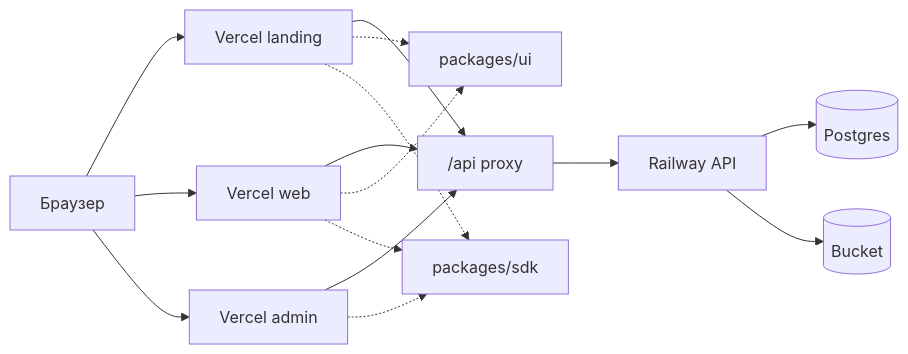
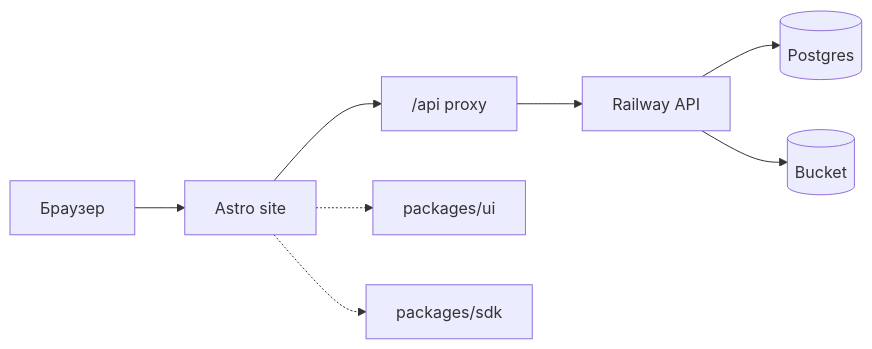
One commit to aleksey-kerkin/photo-kruzhok changed the diagram in README.md. Above: the diagram before and after it, drawn with Mermaid. The commit also changed other lines of this file and 38 other files, not shown here.

````diff
--- a/README.md
+++ b/README.md
@@ -39,28 +38,19 @@
 ```mermaid
 flowchart LR
   browser[Браузер]
-  landing[Vercel landing]
-  web[Vercel web]
-  admin[Vercel admin]
+  web[Astro site]
   proxy["/api proxy"]
   railway[Railway API]
   pg[(Postgres)]
   bucket[(Bucket)]
   ui[packages/ui]
   sdk[packages/sdk]
 
-  browser --> landing
   browser --> web
-  browser --> admin
-  landing --> proxy
   web --> proxy
-  admin --> proxy
   proxy --> railway
   railway --> pg
   railway --> bucket
-  landing -.-> ui
   web -.-> ui
   web -.-> sdk
-  admin -.-> sdk
-  landing -.-> sdk
 ```
````
